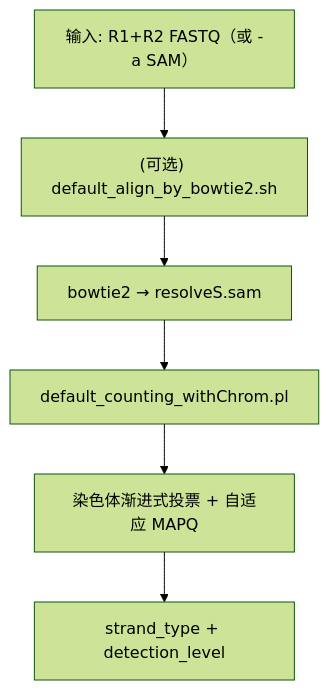
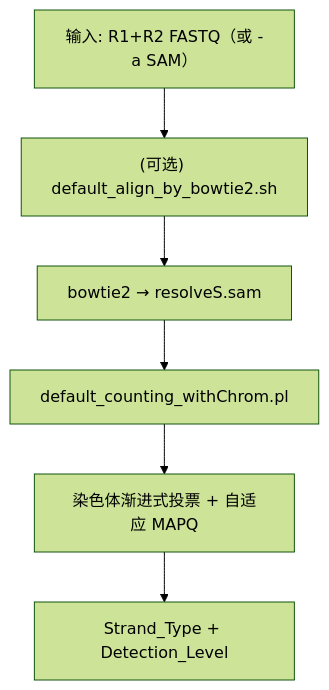
The first of 4 diagrams in README_zh.md (yudalang3/resolveS), drawn with Mermaid (forest theme) before and after one commit. The commit also changed other lines of this file and 2 other files, not shown here.

````diff
--- a/README_zh.md
+++ b/README_zh.md
@@ -185,8 +205,8 @@
 ```mermaid
 flowchart TD
     A["输入: R1+R2 FASTQ（或 -a SAM）"] --> B["(可选) default_align_by_bowtie2.sh"]
     B --> C["bowtie2 → resolveS.sam"]
     C --> D["default_counting_withChrom.pl"]
     D --> E["染色体渐进式投票 + 自适应 MAPQ"]
-    E --> F["strand_type + detection_level"]
+    E --> F["Strand_Type + Detection_Level"]
 ```
````
